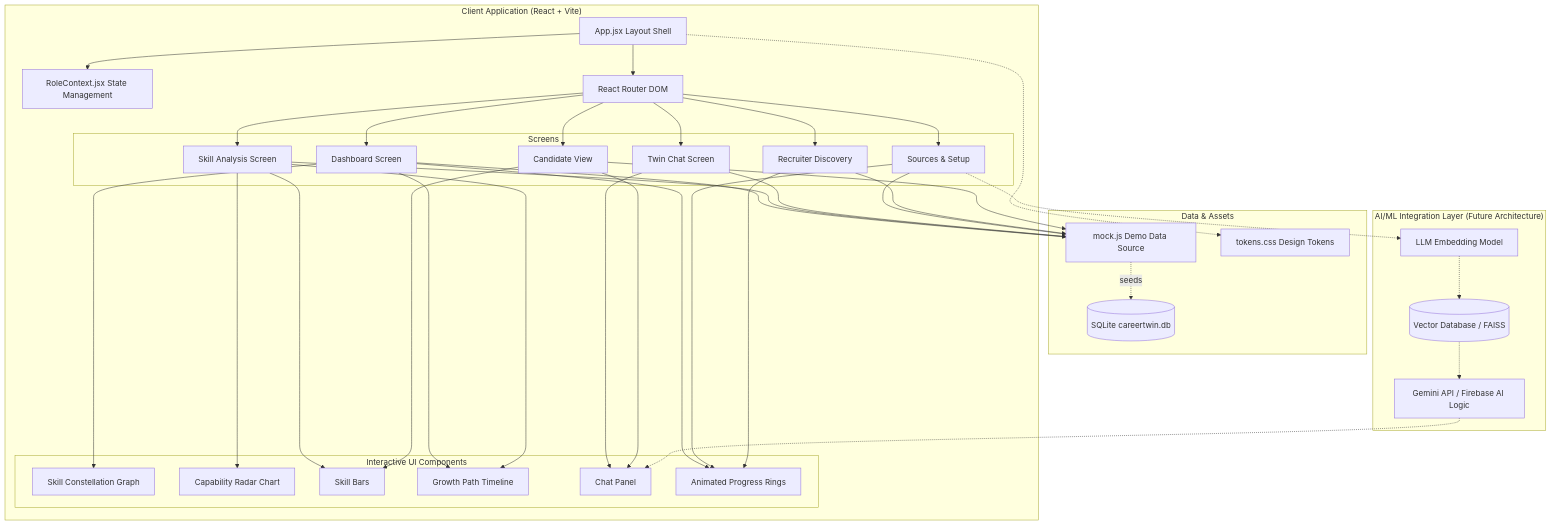
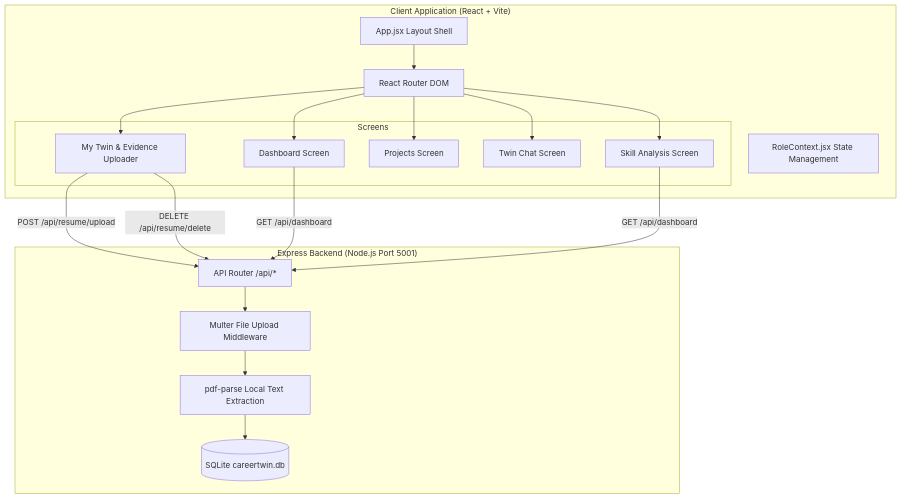
Before and after one commit to gayathrisathishkumarr/CareerTwinAI: the diagram in README.md, drawn with Mermaid. The commit also changed other lines of this file and 15 other files, not shown here.

Commit message:
docs: Update README with Express backend, REST API endpoints, local PDF extraction, and reset workflow

````diff
--- a/README.md
+++ b/README.md
@@ -77,61 +93,30 @@
 ```mermaid
 graph TD
     subgraph "Client Application (React + Vite)"
         App[App.jsx Layout Shell]
         RC[RoleContext.jsx State Management]
         Router[React Router DOM]
         
         subgraph "Screens"
             Dash[Dashboard Screen]
             SA[Skill Analysis Screen]
+            Proj[Projects Screen]
             Chat[Twin Chat Screen]
-            Setup[Sources & Setup]
-            Disc[Recruiter Discovery]
-            Cand[Candidate View]
-        end
-
-        subgraph "Interactive UI Components"
-            Const[Skill Constellation Graph]
-            Rad[Capability Radar Chart]
-            Bars[Skill Bars]
-            GP[Growth Path Timeline]
-            CP[Chat Panel]
-            Ring[Animated Progress Rings]
+            Setup[My Twin & Evidence Uploader]
         end
     end
 
-    subgraph "Data & Assets"
-        Mock[mock.js Demo Data Source]
+    subgraph "Express Backend (Node.js Port 5001)"
+        Routes[API Router /api/*]
+        Multer[Multer File Upload Middleware]
+        PDF[pdf-parse Local Text Extraction]
         DB[(SQLite careertwin.db)]
-        Tokens[tokens.css Design Tokens]
     end
 
-    subgraph "AI/ML Integration Layer (Future Architecture)"
-        Embed[LLM Embedding Model]
-        VDB[(Vector Database / FAISS)]
-        LLM[Gemini API / Firebase AI Logic]
-    end
-
-    %% Routing Connections
-    App --> RC
     App --> Router
-    Router --> Dash & SA & Chat & Setup & Disc & Cand
-    
-    %% Screen Components
-    Dash --> Const & Ring & GP
-    SA --> Rad & Bars & GP
-    Chat --> CP
-    Setup --> Ring
-    Disc --> Ring
-    Cand --> CP & Bars
-    
-    %% Style and Data Binding
-    Dash & SA & Chat & Setup & Disc & Cand --> Mock
-    Mock -.->|seeds| DB
-    App -.-> Tokens
-    
-    %% Future Data Pipeline
-    Setup -.-> Embed -.-> VDB
-    VDB -.-> LLM
-    LLM -.-> CP
+    Router --> Dash & SA & Proj & Chat & Setup
+    Setup -->|POST /api/resume/upload| Routes
+    Setup -->|DELETE /api/resume/delete| Routes
+    Routes --> Multer --> PDF --> DB
+    Dash & SA -->|GET /api/dashboard| Routes
 ```
````
